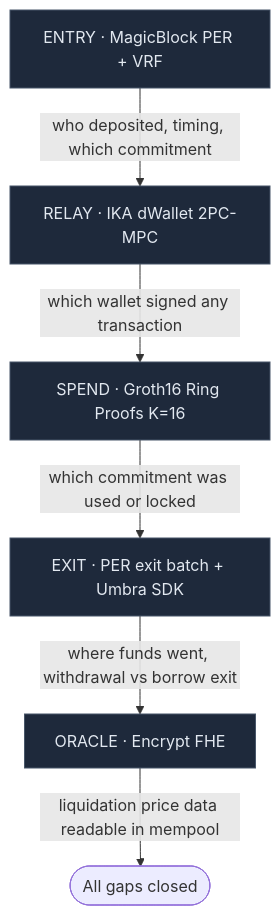
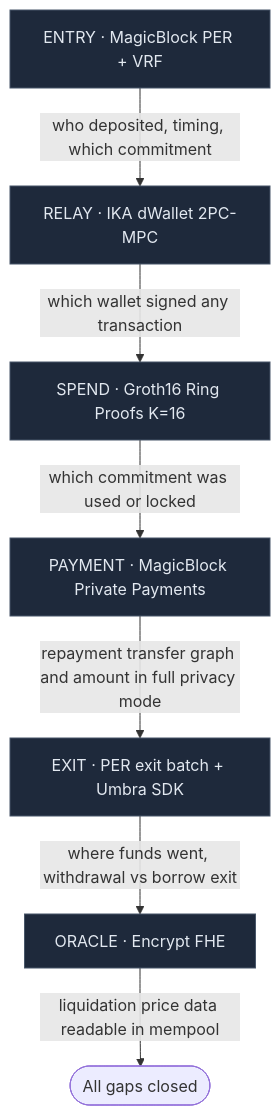
Before and after one commit to cryptosingheth/shieldlend: the second of 7 diagrams in README.md, drawn with Mermaid. The commit also changed other lines of this file and 23 other files, not shown here.

Commit message:
docs: align privacy architecture implementation plan

````diff
--- a/README.md
+++ b/README.md
@@ -101,16 +103,18 @@
 ```mermaid
 flowchart TD
     classDef layer fill:#1e293b,stroke:#475569,color:#e2e8f0
 
     E["ENTRY · MagicBlock PER + VRF"]:::layer
     R["RELAY · IKA dWallet 2PC-MPC"]:::layer
     S["SPEND · Groth16 Ring Proofs K=16"]:::layer
+    P["PAYMENT · MagicBlock Private Payments"]:::layer
     X["EXIT · PER exit batch + Umbra SDK"]:::layer
     O["ORACLE · Encrypt FHE"]:::layer
 
     E -->|"who deposited, timing, which commitment"| R
     R -->|"which wallet signed any transaction"| S
-    S -->|"which commitment was used or locked"| X
+    S -->|"which commitment was used or locked"| P
+    P -->|"repayment transfer graph and amount in full privacy mode"| X
     X -->|"where funds went, withdrawal vs borrow exit"| O
     O -->|"liquidation price data readable in mempool"| End([All gaps closed])
 ```
````
